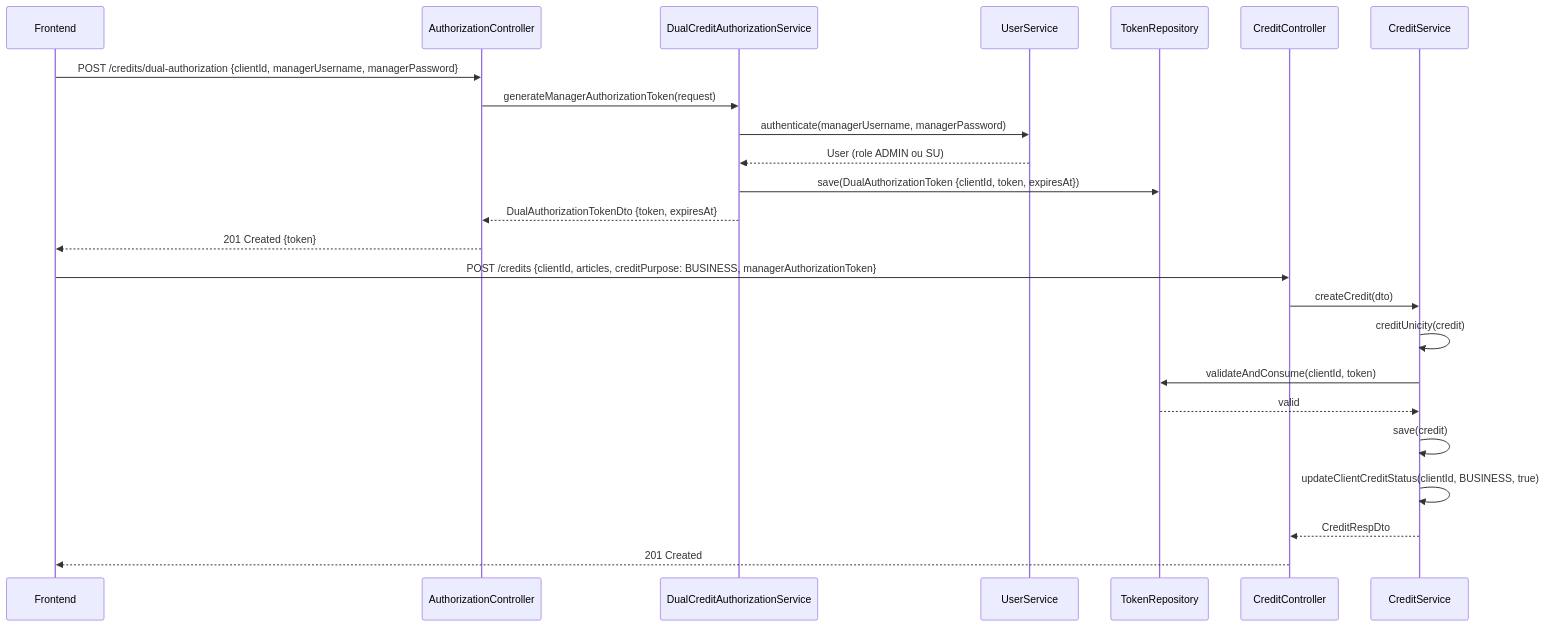
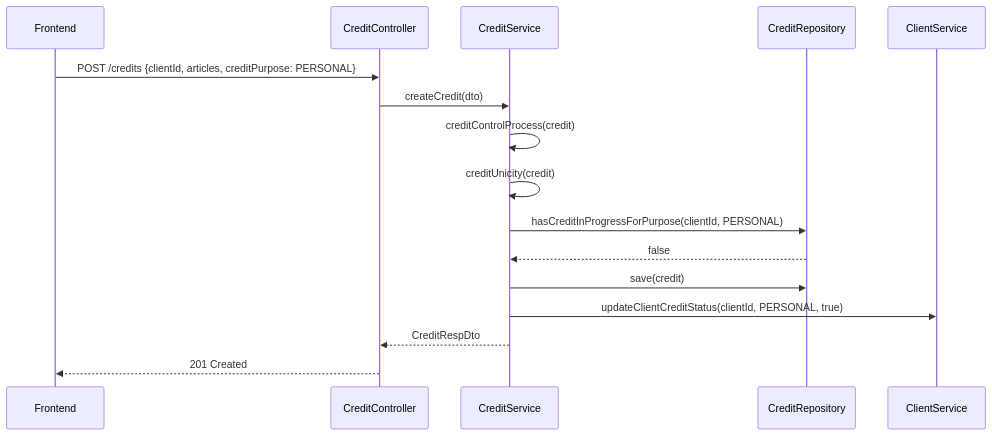
Before and after one commit to AQUILA04/ELYKIA: the fourth of 5 diagrams in .kiro/specs/dual-credit-authorization/design.md, drawn with Mermaid. The commit also changed other lines of this file and 48 other files, not shown here.

First line of the commit message:
Implement dual credit authorization feature with persistent business credit habilitation

````diff
--- a/.kiro/specs/dual-credit-authorization/design.md
+++ b/.kiro/specs/dual-credit-authorization/design.md
@@ -72,29 +103,19 @@
 ```mermaid
 sequenceDiagram
     participant FE as Frontend
-    participant AC as AuthorizationController
-    participant DAS as DualCreditAuthorizationService
-    participant US as UserService
-    participant TR as TokenRepository
-
     participant CC as CreditController
     participant CS as CreditService
+    participant CR as CreditRepository
+    participant CLS as ClientService
 
-    FE->>AC: POST /credits/dual-authorization {clientId, managerUsername, managerPassword}
-    AC->>DAS: generateManagerAuthorizationToken(request)
-    DAS->>US: authenticate(managerUsername, managerPassword)
-    US-->>DAS: User (role ADMIN ou SU)
-    DAS->>TR: save(DualAuthorizationToken {clientId, token, expiresAt})
-    DAS-->>AC: DualAuthorizationTokenDto {token, expiresAt}
-    AC-->>FE: 201 Created {token}
-
-    FE->>CC: POST /credits {clientId, articles, creditPurpose: BUSINESS, managerAuthorizationToken}
+    FE->>CC: POST /credits {clientId, articles, creditPurpose: PERSONAL}
     CC->>CS: createCredit(dto)
+    CS->>CS: creditControlProcess(credit)
     CS->>CS: creditUnicity(credit)
-    CS->>TR: validateAndConsume(clientId, token)
-    TR-->>CS: valid
-    CS->>CS: save(credit)
-    CS->>CS: updateClientCreditStatus(clientId, BUSINESS, true)
+    CS->>CR: hasCreditInProgressForPurpose(clientId, PERSONAL)
+    CR-->>CS: false
+    CS->>CR: save(credit)
+    CS->>CLS: updateClientCreditStatus(clientId, PERSONAL, true)
     CS-->>CC: CreditRespDto
     CC-->>FE: 201 Created
 ```
````
